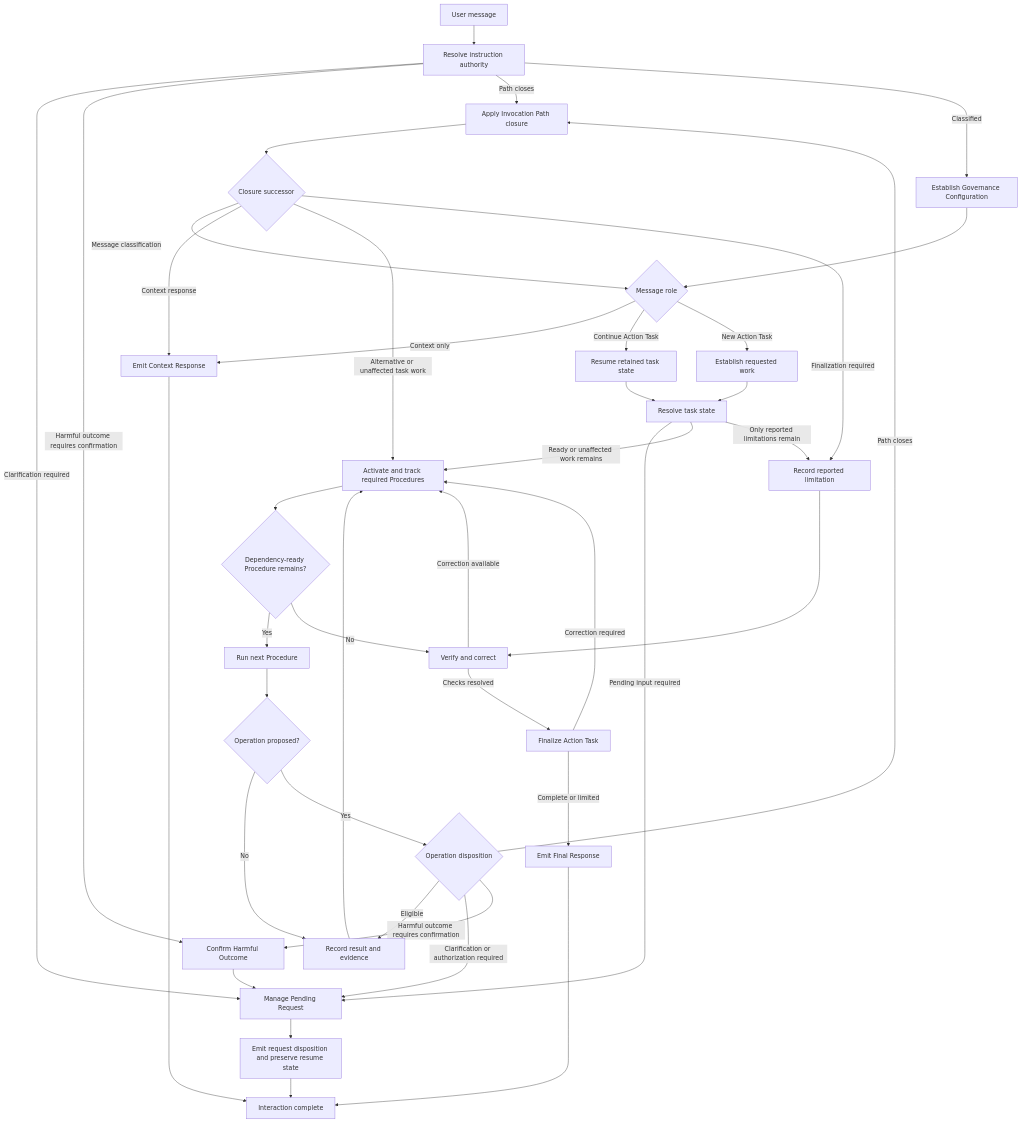
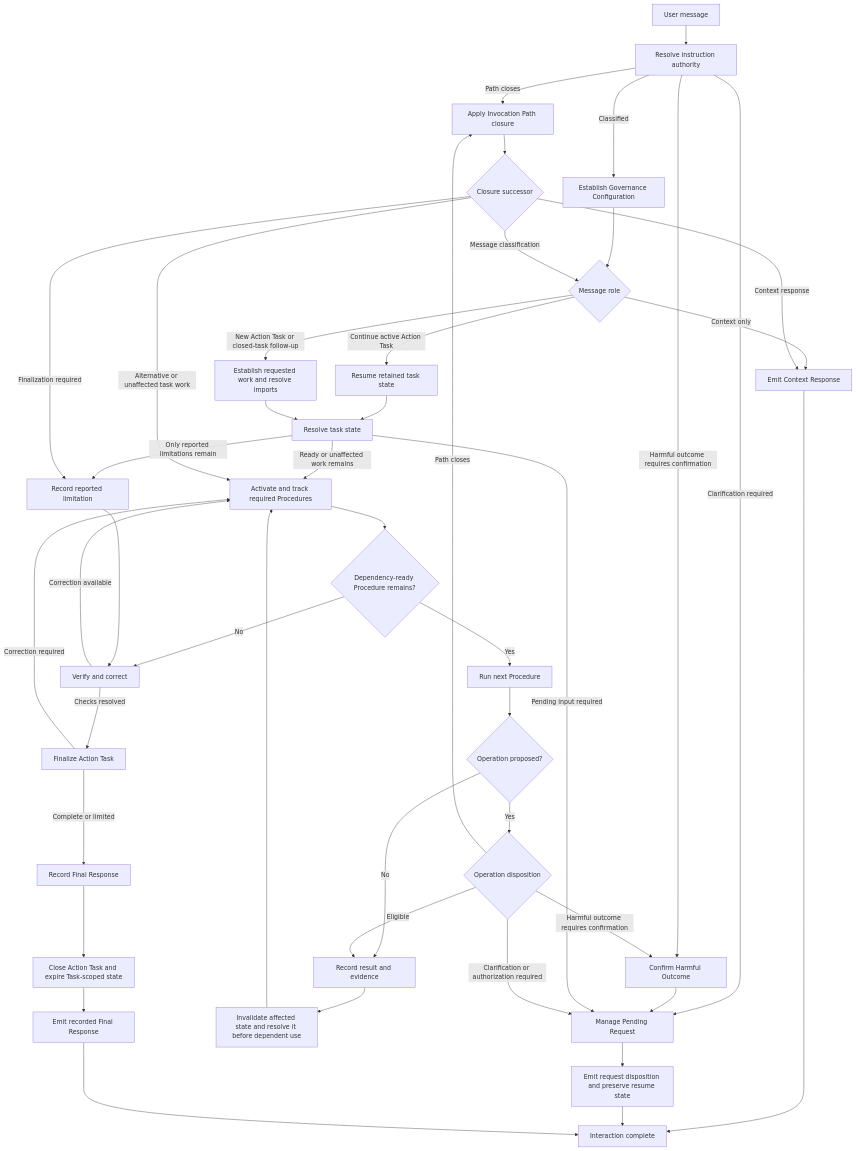
One commit to SorinGFS/ai-governance changed the diagram in README.md. Above: the diagram before and after it, drawn with Mermaid. The commit also changed other lines of this file and 5 other files, not shown here.

Commit message:
stale records on closing action task

````diff
--- a/README.md
+++ b/README.md
@@ -257,50 +261,53 @@
 ```mermaid
 flowchart TD
     A["User message"] --> B["Resolve instruction authority"]
     B -->|Clarification required| H["Manage Pending Request"]
     B -->|Harmful outcome requires confirmation| U["Confirm Harmful Outcome"]
     B -->|Path closes| N["Apply Invocation Path closure"]
     B -->|Classified| BC["Establish Governance Configuration"]
     BC --> C{"Message role"}
 
     U --> H
     H --> I["Emit request disposition and preserve resume state"]
 
     C -->|Context only| D["Emit Context Response"]
-    C -->|Continue Action Task| E["Resume retained task state"]
-    C -->|New Action Task| F["Establish requested work"]
+    C -->|Continue active Action Task| E["Resume retained task state"]
+    C -->|New Action Task or closed-task follow-up| F["Establish requested work and resolve imports"]
 
     E --> G["Resolve task state"]
     F --> G
     G -->|Pending input required| H
     G -->|Ready or unaffected work remains| J["Activate and track required Procedures"]
     G -->|Only reported limitations remain| P["Record reported limitation"]
 
     J --> V{"Dependency-ready Procedure remains?"}
     V -->|Yes| W["Run next Procedure"]
     V -->|No| Q["Verify and correct"]
     W --> K{"Operation proposed?"}
     K -->|No| M["Record result and evidence"]
     K -->|Yes| L{"Operation disposition"}
     L -->|Eligible| M
     L -->|Clarification or authorization required| H
     L -->|Harmful outcome requires confirmation| U
     L -->|Path closes| N
 
     N --> O{"Closure successor"}
     O -->|Message classification| C
     O -->|Context response| D
     O -->|Alternative or unaffected task work| J
     O -->|Finalization required| P
 
-    M --> J
+    M --> X["Invalidate affected state and resolve it before dependent use"]
+    X --> J
     P --> Q
     Q -->|Correction available| J
     Q -->|Checks resolved| R["Finalize Action Task"]
     R -->|Correction required| J
-    R -->|Complete or limited| S["Emit Final Response"]
+    R -->|Complete or limited| Y["Record Final Response"]
+    Y --> Z["Close Action Task and expire Task-scoped state"]
+    Z --> S["Emit recorded Final Response"]
 
     D --> T["Interaction complete"]
     I --> T
     S --> T
 ```
````
